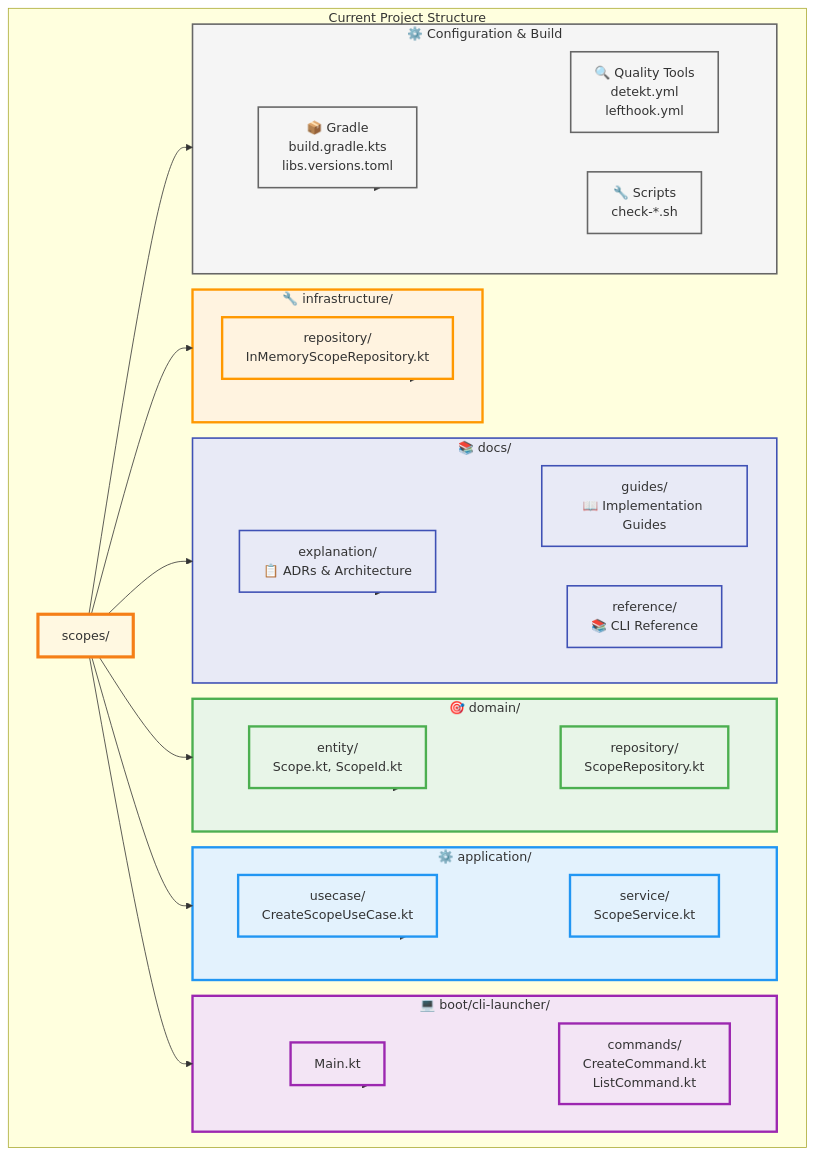
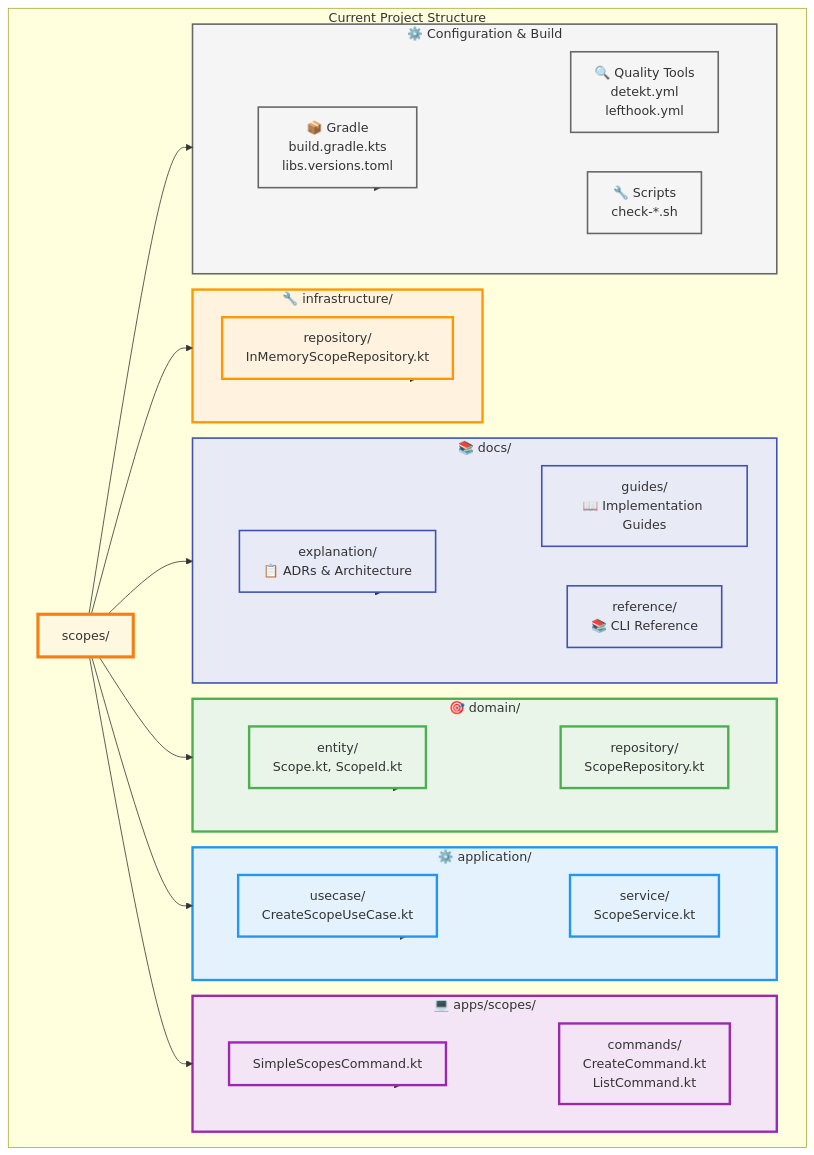
Before and after one commit to kamiazya/scopes: the first of 6 diagrams in docs/guides/architecture-implementation.md, drawn with Mermaid. The commit also changed 20 other files, not shown here.

First line of the commit message:
refactor: Migrate boot layer to apps layer

````diff
--- a/docs/guides/architecture-implementation.md
+++ b/docs/guides/architecture-implementation.md
@@ -10,79 +10,79 @@
 ```mermaid
 flowchart TD
         subgraph "Current Project Structure"
             ROOT[scopes/]
 
             subgraph DOCS["📚 docs/"]
                 DOCS_EXP[explanation/<br/>📋 ADRs & Architecture]
                 DOCS_GUIDES[guides/<br/>📖 Implementation Guides]
                 DOCS_REF[reference/<br/>📚 CLI Reference]
             end
 
             subgraph DOM["🎯 domain/"]
                 DOM_ENT[entity/<br/>Scope.kt, ScopeId.kt]
                 DOM_REP[repository/<br/>ScopeRepository.kt]
             end
 
             subgraph APP["⚙️ application/"]
                 APP_USE[usecase/<br/>CreateScopeUseCase.kt]
                 APP_SRV[service/<br/>ScopeService.kt]
             end
 
             subgraph INF["🔧 infrastructure/"]
                 INF_REP[repository/<br/>InMemoryScopeRepository.kt]
             end
 
-            subgraph CLI["💻 boot/cli-launcher/"]
-                CLI_MAIN[Main.kt]
+            subgraph CLI["💻 apps/scopes/"]
+                CLI_MAIN[SimpleScopesCommand.kt]
                 CLI_CMD[commands/<br/>CreateCommand.kt<br/>ListCommand.kt]
             end
 
             subgraph CONFIG["⚙️ Configuration & Build"]
                 GRADLE[📦 Gradle<br/>build.gradle.kts<br/>libs.versions.toml]
                 QUALITY[🔍 Quality Tools<br/>detekt.yml<br/>lefthook.yml]
                 SCRIPTS[🔧 Scripts<br/>check-*.sh]
             end
 
             ROOT --> DOCS
             ROOT --> DOM
             ROOT --> APP
             ROOT --> INF
             ROOT --> CLI
             ROOT --> CONFIG
 
             DOCS --> DOCS_EXP
             DOCS --> DOCS_GUIDES
             DOCS --> DOCS_REF
 
             DOM --> DOM_ENT
             DOM --> DOM_REP
 
             APP --> APP_USE
             APP --> APP_SRV
 
             INF --> INF_REP
 
             CLI --> CLI_MAIN
             CLI --> CLI_CMD
 
             CONFIG --> GRADLE
             CONFIG --> QUALITY
             CONFIG --> SCRIPTS
         end
 
         classDef domain fill:#e8f5e8,stroke:#4caf50,stroke-width:3px
         classDef application fill:#e3f2fd,stroke:#2196f3,stroke-width:3px
         classDef infrastructure fill:#fff3e0,stroke:#ff9800,stroke-width:3px
         classDef presentation fill:#f3e5f5,stroke:#9c27b0,stroke-width:3px
         classDef docs fill:#e8eaf6,stroke:#3f51b5,stroke-width:2px
         classDef config fill:#f5f5f5,stroke:#666,stroke-width:2px
         classDef root fill:#fff8e1,stroke:#f57f17,stroke-width:4px
 
         class DOM,DOM_ENT,DOM_REP domain
         class APP,APP_USE,APP_SRV application
         class INF,INF_REP infrastructure
         class CLI,CLI_MAIN,CLI_CMD presentation
         class DOCS,DOCS_EXP,DOCS_GUIDES,DOCS_REF docs
         class CONFIG,GRADLE,QUALITY,SCRIPTS config
         class ROOT root
 ```
````
